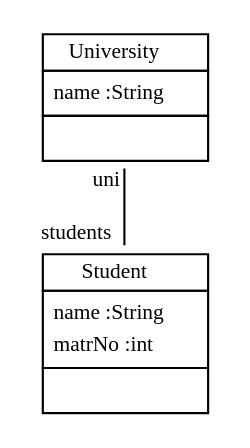
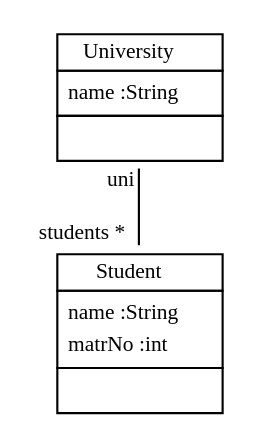
Before and after one commit to fujaba/SDMLib: the diagram in doc/StudyRightClasses03.dot, drawn with Graphviz. The commit also changed 26 other files, not shown here.

Commit message:
creatorcreator does not longer grow on each run. to many assocs show a star in the class diagram now. Using hollow arrowheads for inheritance now. Using grey color to indicate interface classes now.

```diff
--- a/doc/StudyRightClasses03.dot
+++ b/doc/StudyRightClasses03.dot
@@ -1,13 +1,13 @@
 
  digraph ClassDiagram {
     node [shape = none, fontsize = 10]; 
     edge [fontsize = 10];
     
     
     University [label=<<table border='0' cellborder='1' cellspacing='0'> <tr> <td>University</td> </tr> <tr><td><table border='0' cellborder='0' cellspacing='0'> <tr><td align='left'>name :String</td></tr>  </table></td></tr> <tr><td><table border='0' cellborder='0' cellspacing='0'> <tr><td> </td></tr> </table></td></tr> </table>>];
     Student [label=<<table border='0' cellborder='1' cellspacing='0'> <tr> <td>Student</td> </tr> <tr><td><table border='0' cellborder='0' cellspacing='0'> <tr><td align='left'>name :String</td></tr> <tr><td align='left'>matrNo :int</td></tr>  </table></td></tr> <tr><td><table border='0' cellborder='0' cellspacing='0'> <tr><td> </td></tr> </table></td></tr> </table>>];
     
     
     
-    University -> Student [headlabel = "students" taillabel = "uni" arrowhead = "none" ];
+    University -> Student [headlabel = "students *" taillabel = "uni" arrowhead = "none" ];
 }
```
